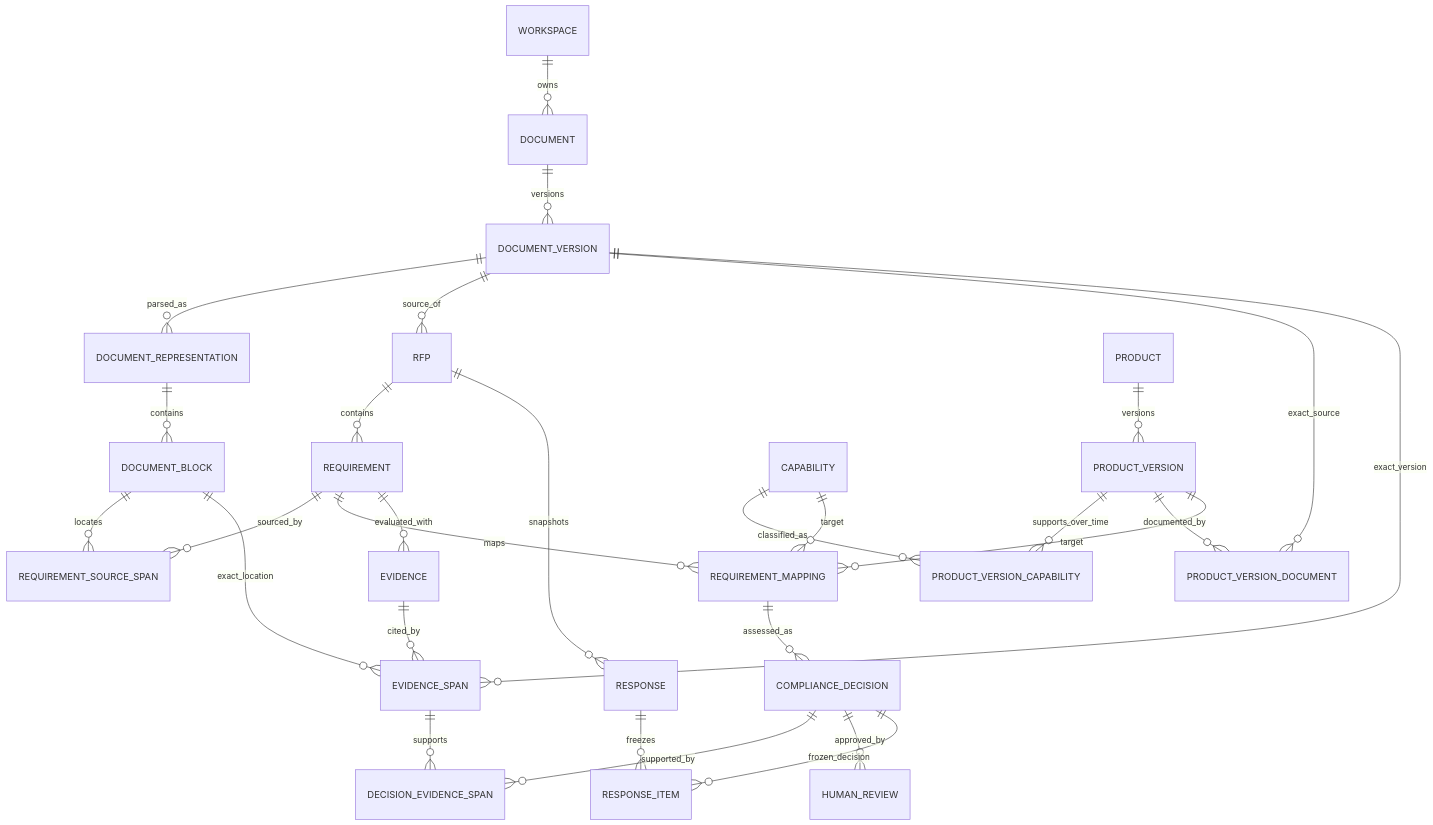
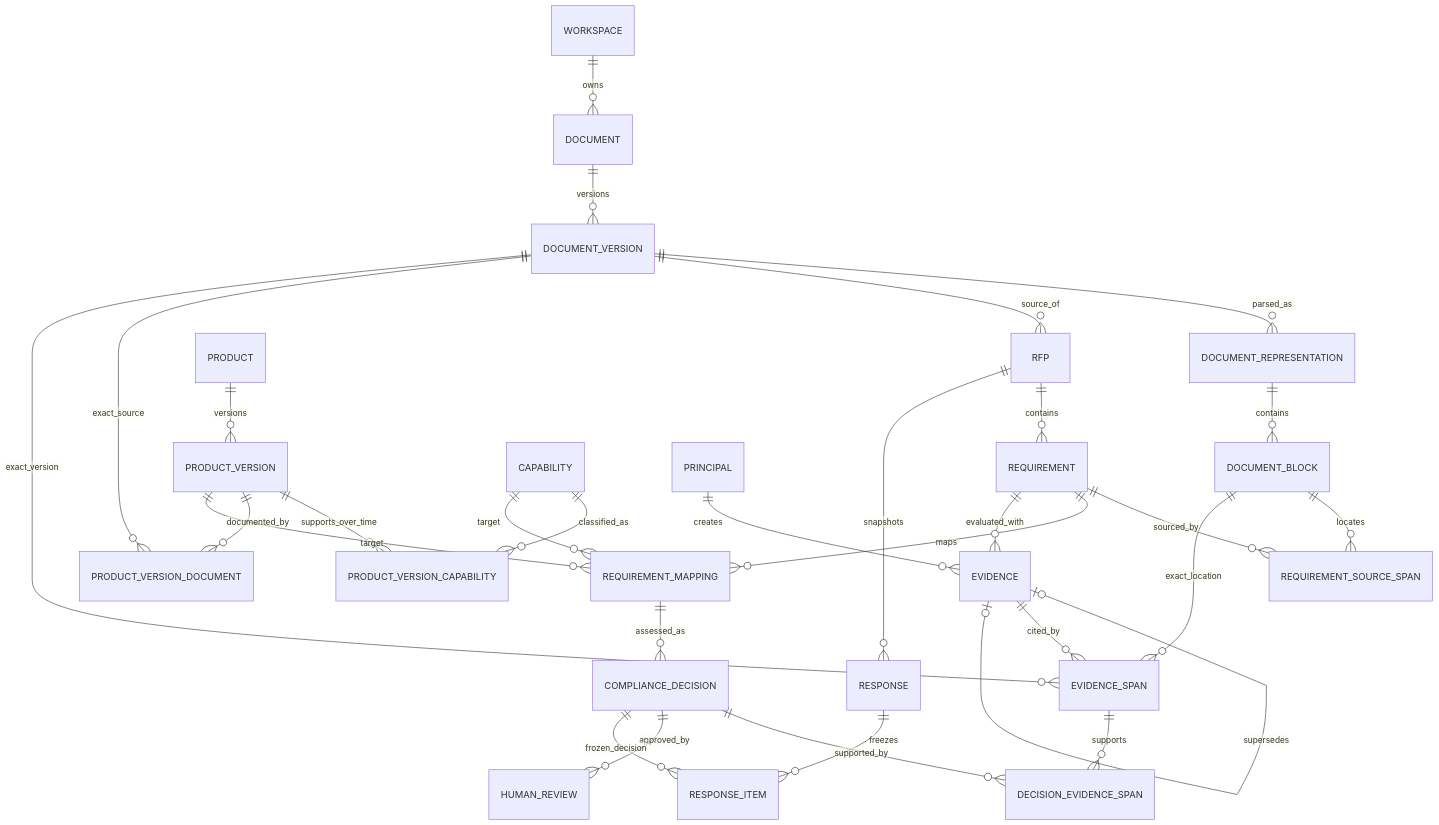
One commit to hugeredeye/ctrldoc changed the third of 3 diagrams in docs/architecture.md. Above: the diagram before and after it, drawn with Mermaid. The commit also changed other lines of this file and 20 other files, not shown here.

````diff
--- a/docs/architecture.md
+++ b/docs/architecture.md
@@ -50,30 +50,32 @@
 ```mermaid
 erDiagram
     WORKSPACE ||--o{ DOCUMENT : owns
     DOCUMENT ||--o{ DOCUMENT_VERSION : versions
     DOCUMENT_VERSION ||--o{ DOCUMENT_REPRESENTATION : parsed_as
     DOCUMENT_REPRESENTATION ||--o{ DOCUMENT_BLOCK : contains
     DOCUMENT_VERSION ||--o{ RFP : source_of
     RFP ||--o{ REQUIREMENT : contains
     DOCUMENT_BLOCK ||--o{ REQUIREMENT_SOURCE_SPAN : locates
     REQUIREMENT ||--o{ REQUIREMENT_SOURCE_SPAN : sourced_by
     PRODUCT ||--o{ PRODUCT_VERSION : versions
     PRODUCT_VERSION ||--o{ PRODUCT_VERSION_CAPABILITY : supports_over_time
     CAPABILITY ||--o{ PRODUCT_VERSION_CAPABILITY : classified_as
     PRODUCT_VERSION ||--o{ PRODUCT_VERSION_DOCUMENT : documented_by
     DOCUMENT_VERSION ||--o{ PRODUCT_VERSION_DOCUMENT : exact_source
     REQUIREMENT ||--o{ REQUIREMENT_MAPPING : maps
     PRODUCT_VERSION ||--o{ REQUIREMENT_MAPPING : target
     CAPABILITY ||--o{ REQUIREMENT_MAPPING : target
     REQUIREMENT ||--o{ EVIDENCE : evaluated_with
+    PRINCIPAL ||--o{ EVIDENCE : creates
+    EVIDENCE o|--o| EVIDENCE : supersedes
     EVIDENCE ||--o{ EVIDENCE_SPAN : cited_by
     DOCUMENT_VERSION ||--o{ EVIDENCE_SPAN : exact_version
     DOCUMENT_BLOCK ||--o{ EVIDENCE_SPAN : exact_location
     REQUIREMENT_MAPPING ||--o{ COMPLIANCE_DECISION : assessed_as
     COMPLIANCE_DECISION ||--o{ DECISION_EVIDENCE_SPAN : supported_by
     EVIDENCE_SPAN ||--o{ DECISION_EVIDENCE_SPAN : supports
     COMPLIANCE_DECISION ||--o{ HUMAN_REVIEW : approved_by
     RFP ||--o{ RESPONSE : snapshots
     RESPONSE ||--o{ RESPONSE_ITEM : freezes
     COMPLIANCE_DECISION ||--o{ RESPONSE_ITEM : frozen_decision
 ```
````
